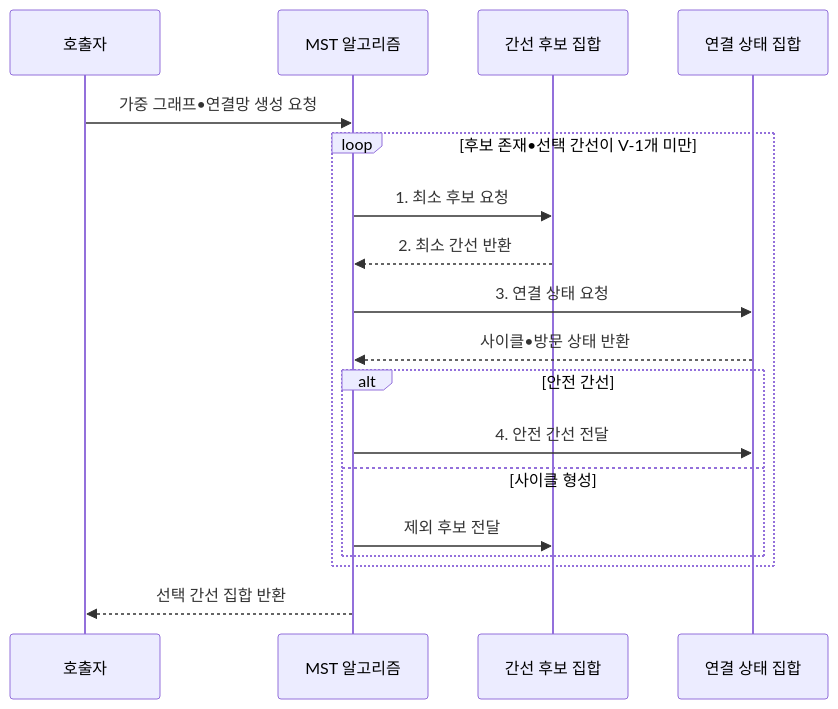
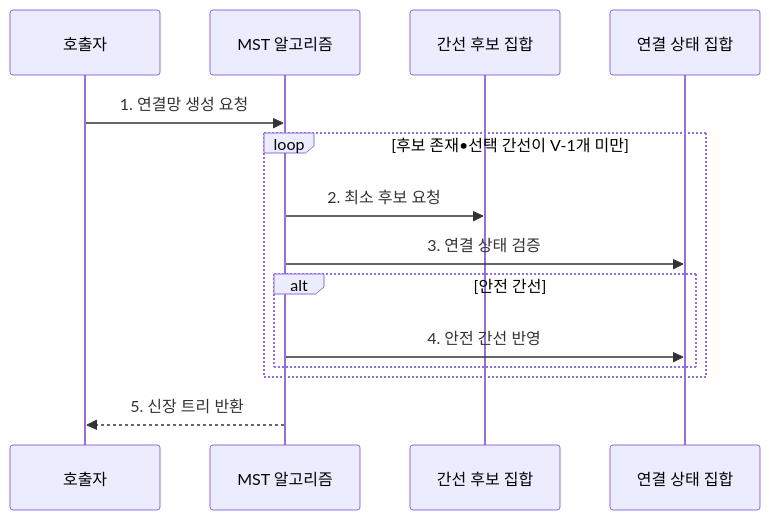
The second of 2 diagrams in src/content/docs/notes/01-basic-theory/012_minimum_spanning_tree.md (agnusdei1207/knowledge-base), drawn with Mermaid before and after one commit. The commit also changed other lines of this file and 28 other files, not shown here.

````diff
--- a/src/content/docs/notes/01-basic-theory/012_minimum_spanning_tree.md
+++ b/src/content/docs/notes/01-basic-theory/012_minimum_spanning_tree.md
@@ -81,20 +81,16 @@
 ```mermaid
 sequenceDiagram
     participant Q as 호출자
     participant A as MST 알고리즘
     participant C as 간선 후보 집합
     participant S as 연결 상태 집합
-    Q->>A: 가중 그래프•연결망 생성 요청
+    Q->>A: 1. 연결망 생성 요청
     loop 후보 존재•선택 간선이 V-1개 미만
-        A->>C: 1. 최소 후보 요청
-        C-->>A: 2. 최소 간선 반환
-        A->>S: 3. 연결 상태 요청
-        S-->>A: 사이클•방문 상태 반환
+        A->>C: 2. 최소 후보 요청
+        A->>S: 3. 연결 상태 검증
         alt 안전 간선
-            A->>S: 4. 안전 간선 전달
-        else 사이클 형성
-            A->>C: 제외 후보 전달
+            A->>S: 4. 안전 간선 반영
         end
     end
-    A-->>Q: 선택 간선 집합 반환
+    A-->>Q: 5. 신장 트리 반환
 ```
````
